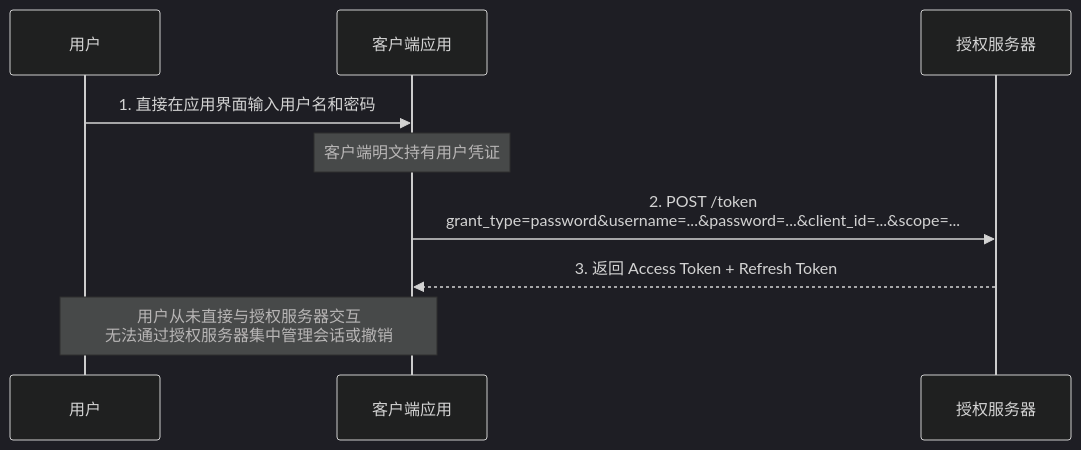
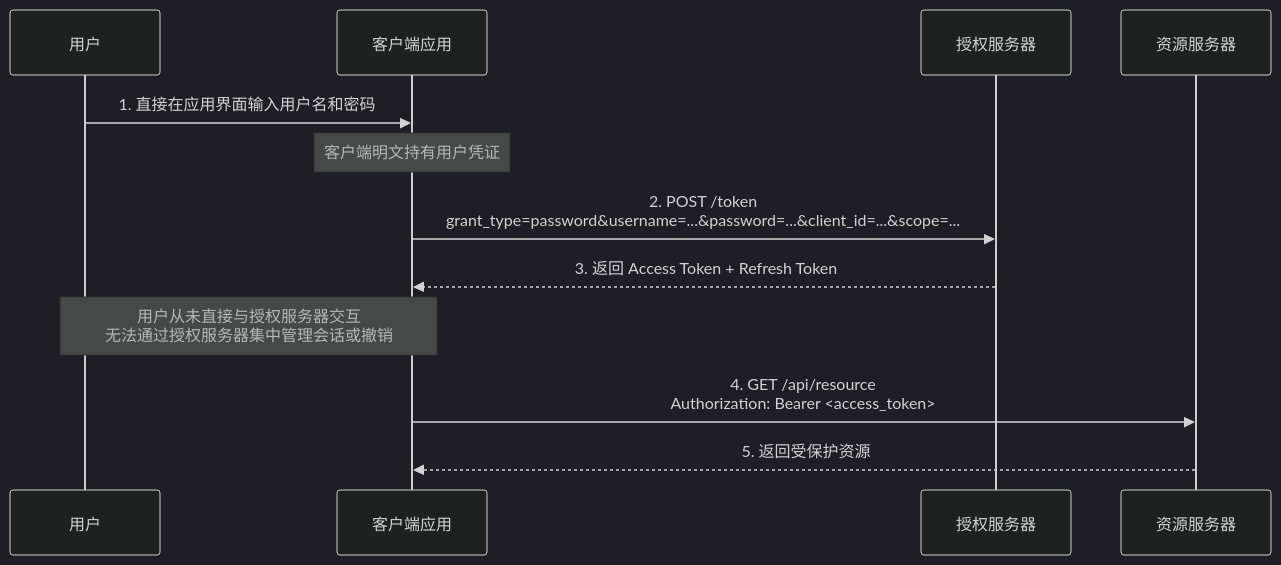
Before and after one commit to luguosong/programming-notes: the fifth of 6 diagrams in docs/topic/oauth/grant-types/index.md, drawn with Mermaid (dark theme). The commit also changed other lines of this file, not shown here.

First line of the commit message:
docs(oauth): 为所有授权类型时序图补充资源服务器参与者

````diff
--- a/docs/topic/oauth/grant-types/index.md
+++ b/docs/topic/oauth/grant-types/index.md
@@ -104,12 +114,15 @@
 ``` mermaid
 sequenceDiagram
     participant 用户
     participant 客户端应用
     participant 授权服务器
+    participant 资源服务器
 
     用户->>客户端应用: 1. 直接在应用界面输入用户名和密码
     Note over 客户端应用: 客户端明文持有用户凭证
     客户端应用->>授权服务器: 2. POST /token<br/>grant_type=password&username=...&password=...&client_id=...&scope=...
     授权服务器-->>客户端应用: 3. 返回 Access Token + Refresh Token
     Note over 用户,客户端应用: 用户从未直接与授权服务器交互<br/>无法通过授权服务器集中管理会话或撤销
+    客户端应用->>资源服务器: 4. GET /api/resource<br/>Authorization: Bearer <access_token>
+    资源服务器-->>客户端应用: 5. 返回受保护资源
 ```
````
